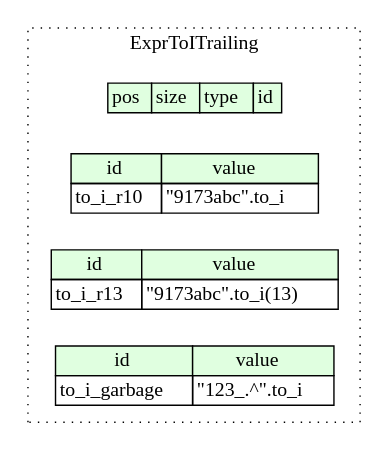
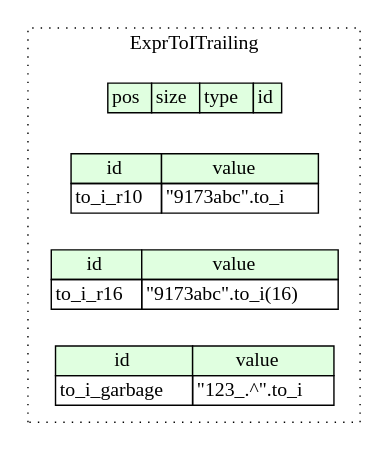
The diagram in compiled/graphviz/expr_to_i_trailing.dot (kaitai-io/ci_targets), drawn with Graphviz before and after one commit. The commit also changed 17 other files, not shown here.

```diff
--- a/compiled/graphviz/expr_to_i_trailing.dot
+++ b/compiled/graphviz/expr_to_i_trailing.dot
@@ -1,24 +1,24 @@
 digraph {
 	rankdir=LR;
 	node [shape=plaintext];
 	subgraph cluster__expr_to_i_trailing {
 		label="ExprToITrailing";
 		graph[style=dotted];
 
 		expr_to_i_trailing__seq [label=<<TABLE BORDER="0" CELLBORDER="1" CELLSPACING="0">
 			<TR><TD BGCOLOR="#E0FFE0">pos</TD><TD BGCOLOR="#E0FFE0">size</TD><TD BGCOLOR="#E0FFE0">type</TD><TD BGCOLOR="#E0FFE0">id</TD></TR>
 		</TABLE>>];
 		expr_to_i_trailing__inst__to_i_r10 [label=<<TABLE BORDER="0" CELLBORDER="1" CELLSPACING="0">
 			<TR><TD BGCOLOR="#E0FFE0">id</TD><TD BGCOLOR="#E0FFE0">value</TD></TR>
 			<TR><TD>to_i_r10</TD><TD>&quot;9173abc&quot;.to_i</TD></TR>
 		</TABLE>>];
-		expr_to_i_trailing__inst__to_i_r13 [label=<<TABLE BORDER="0" CELLBORDER="1" CELLSPACING="0">
+		expr_to_i_trailing__inst__to_i_r16 [label=<<TABLE BORDER="0" CELLBORDER="1" CELLSPACING="0">
 			<TR><TD BGCOLOR="#E0FFE0">id</TD><TD BGCOLOR="#E0FFE0">value</TD></TR>
-			<TR><TD>to_i_r13</TD><TD>&quot;9173abc&quot;.to_i(13)</TD></TR>
+			<TR><TD>to_i_r16</TD><TD>&quot;9173abc&quot;.to_i(16)</TD></TR>
 		</TABLE>>];
 		expr_to_i_trailing__inst__to_i_garbage [label=<<TABLE BORDER="0" CELLBORDER="1" CELLSPACING="0">
 			<TR><TD BGCOLOR="#E0FFE0">id</TD><TD BGCOLOR="#E0FFE0">value</TD></TR>
 			<TR><TD>to_i_garbage</TD><TD>&quot;123_.^&quot;.to_i</TD></TR>
 		</TABLE>>];
 	}
 }
```
